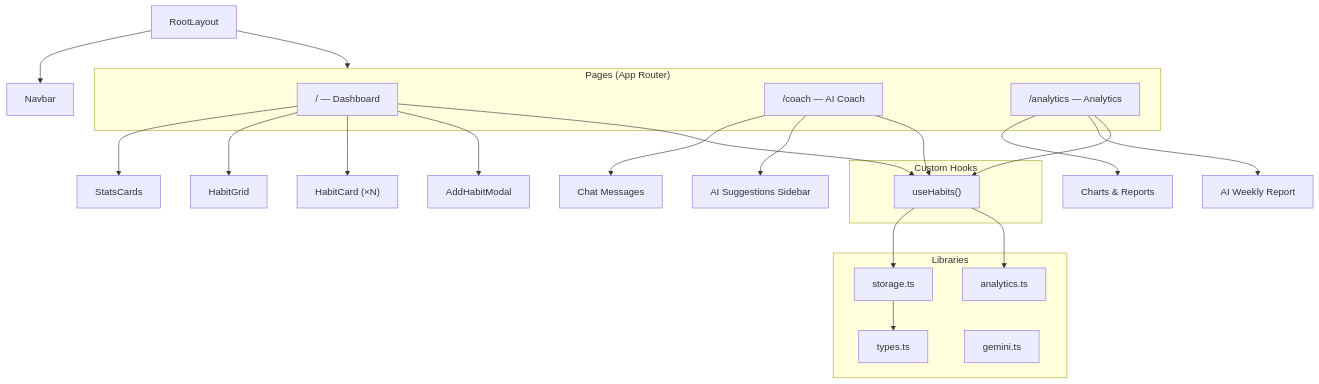
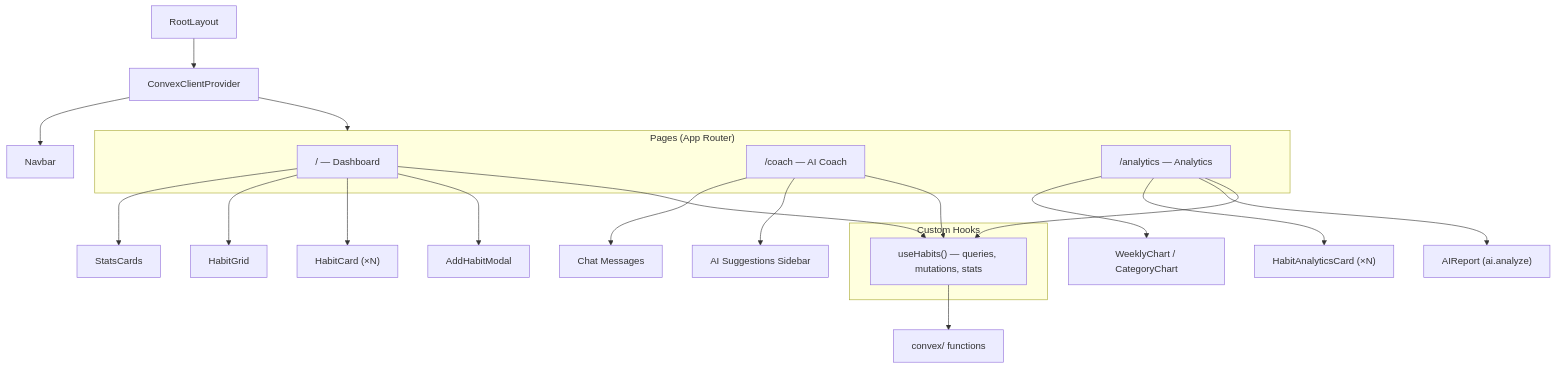
The fifth of 6 diagrams in docs/ARCHITECTURE.md (Moballig/habitforge), drawn with Mermaid before and after one commit. The commit also changed other lines of this file and 20 other files, not shown here.

````diff
--- a/docs/ARCHITECTURE.md
+++ b/docs/ARCHITECTURE.md
@@ -181,41 +185,34 @@
 ```mermaid
 flowchart TD
     Layout["RootLayout"]
-    Layout --> Navbar["Navbar"]
-    Layout --> Pages
+    Layout --> CXP["ConvexClientProvider"]
+    CXP --> Navbar["Navbar"]
+    CXP --> Pages
 
     subgraph Pages["Pages (App Router)"]
         Dashboard["/ — Dashboard"]
         Coach["/coach — AI Coach"]
         Analytics["/analytics — Analytics"]
     end
 
     Dashboard --> StatsCards["StatsCards"]
     Dashboard --> HabitGrid["HabitGrid"]
     Dashboard --> HabitCard["HabitCard (×N)"]
     Dashboard --> AddHabitModal["AddHabitModal"]
 
     Coach --> ChatUI["Chat Messages"]
     Coach --> SuggestionPanel["AI Suggestions Sidebar"]
 
-    Analytics --> AnalyticsCharts["Charts & Reports"]
-    Analytics --> AIAnalysis["AI Weekly Report"]
+    Analytics --> AnalyticsCharts["WeeklyChart / CategoryChart"]
+    Analytics --> HabitAnalyticsCards["HabitAnalyticsCard (×N)"]
+    Analytics --> AIReport["AIReport (ai.analyze)"]
 
     subgraph Hooks["Custom Hooks"]
-        useHabits["useHabits()"]
-    end
-
-    subgraph Lib["Libraries"]
-        types["types.ts"]
-        storage["storage.ts"]
-        analytics_lib["analytics.ts"]
-        gemini["gemini.ts"]
+        useHabits["useHabits() — queries, mutations, stats"]
     end
 
     Dashboard --> useHabits
     Coach --> useHabits
     Analytics --> useHabits
-    useHabits --> storage
-    useHabits --> analytics_lib
-    storage --> types
+    useHabits --> convex["convex/ functions"]
 ```
````
